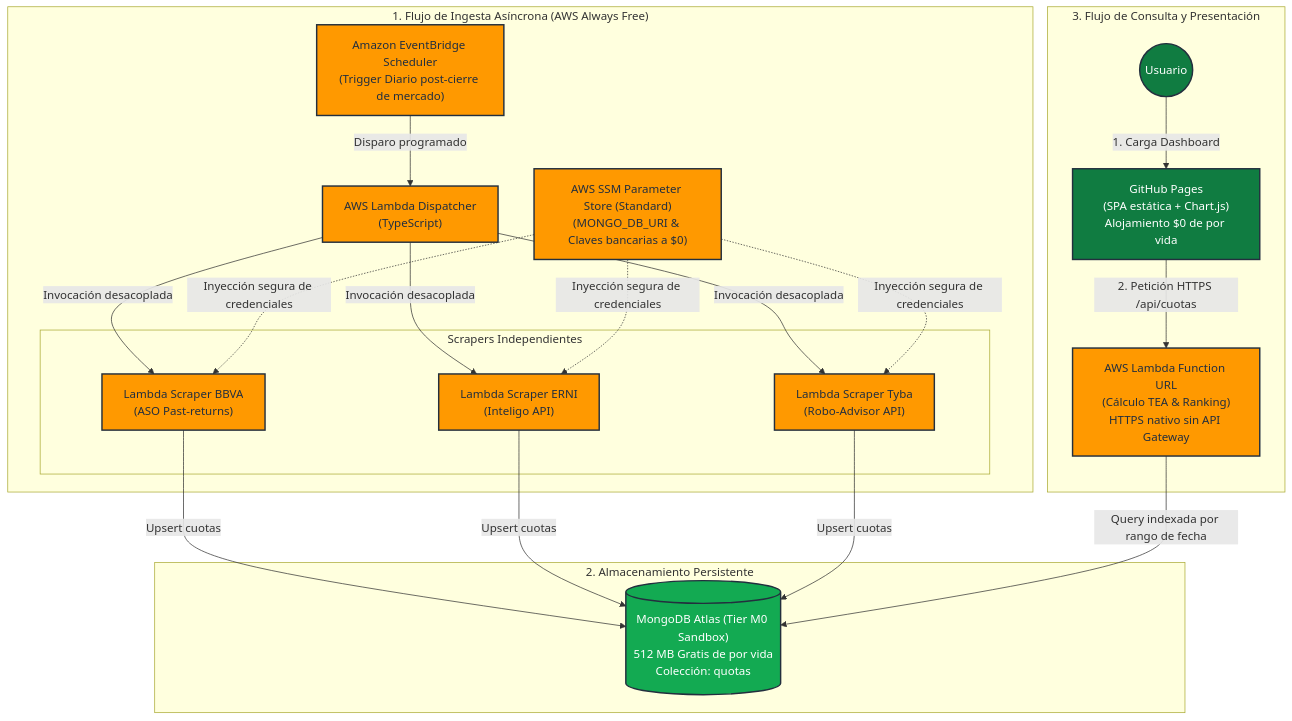
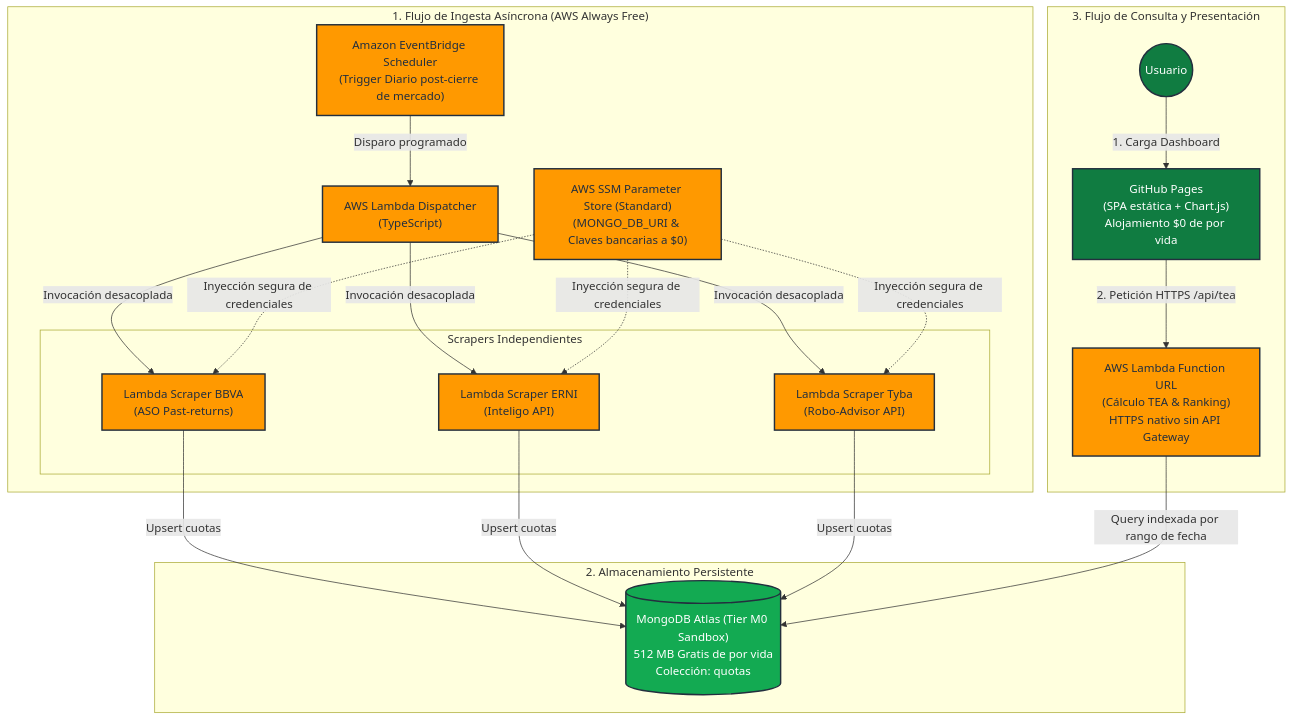
One commit to nanoxxi93/fondos changed the diagram in README.md. Above: the diagram before and after it, drawn with Mermaid. The commit also changed other lines of this file and 25 other files, not shown here.

````diff
--- a/README.md
+++ b/README.md
@@ -15,49 +15,49 @@
 ```mermaid
 flowchart TD
     subgraph INGESTA["1. Flujo de Ingesta Asíncrona (AWS Always Free)"]
         Cron["Amazon EventBridge Scheduler\n(Trigger Diario post-cierre de mercado)"]
         Dispatcher["AWS Lambda Dispatcher\n(TypeScript)"]
         
         subgraph Scrapers["Scrapers Independientes"]
             S_BBVA["Lambda Scraper BBVA\n(ASO Past-returns)"]
             S_ERNI["Lambda Scraper ERNI\n(Inteligo API)"]
             S_TYBA["Lambda Scraper Tyba\n(Robo-Advisor API)"]
         end
         
         SSM["AWS SSM Parameter Store (Standard)\n(MONGO_DB_URI & Claves bancarias a $0)"]
         
         Cron -->|Disparo programado| Dispatcher
         Dispatcher -->|Invocación desacoplada| S_BBVA
         Dispatcher -->|Invocación desacoplada| S_ERNI
         Dispatcher -->|Invocación desacoplada| S_TYBA
         
         SSM -.->|Inyección segura de credenciales| S_BBVA
         SSM -.->|Inyección segura de credenciales| S_ERNI
         SSM -.->|Inyección segura de credenciales| S_TYBA
     end
 
     subgraph STORAGE["2. Almacenamiento Persistente"]
         Mongo[("MongoDB Atlas (Tier M0 Sandbox)\n512 MB Gratis de por vida\nColección: quotas")]
         S_BBVA -->|Upsert cuotas| Mongo
         S_ERNI -->|Upsert cuotas| Mongo
         S_TYBA -->|Upsert cuotas| Mongo
     end
 
     subgraph CONSULTA["3. Flujo de Consulta y Presentación"]
         User(("Usuario"))
         GHP["GitHub Pages\n(SPA estática + Chart.js)\nAlojamiento $0 de por vida"]
         LambdaURL["AWS Lambda Function URL\n(Cálculo TEA & Ranking)\nHTTPS nativo sin API Gateway"]
 
         User -->|1. Carga Dashboard| GHP
-        GHP -->|2. Petición HTTPS /api/cuotas| LambdaURL
+        GHP -->|2. Petición HTTPS /api/tea| LambdaURL
         LambdaURL -->|Query indexada por rango de fecha| Mongo
     end
 
     classDef aws fill:#FF9900,stroke:#232F3E,stroke-width:2px,color:#232F3E;
     classDef storage fill:#13AA52,stroke:#232F3E,stroke-width:2px,color:#fff;
     classDef client fill:#107C41,stroke:#232F3E,stroke-width:2px,color:#fff;
 
     class Cron,Dispatcher,S_BBVA,S_ERNI,S_TYBA,SSM,LambdaURL aws;
     class Mongo storage;
     class User,GHP client;
 ```
````
